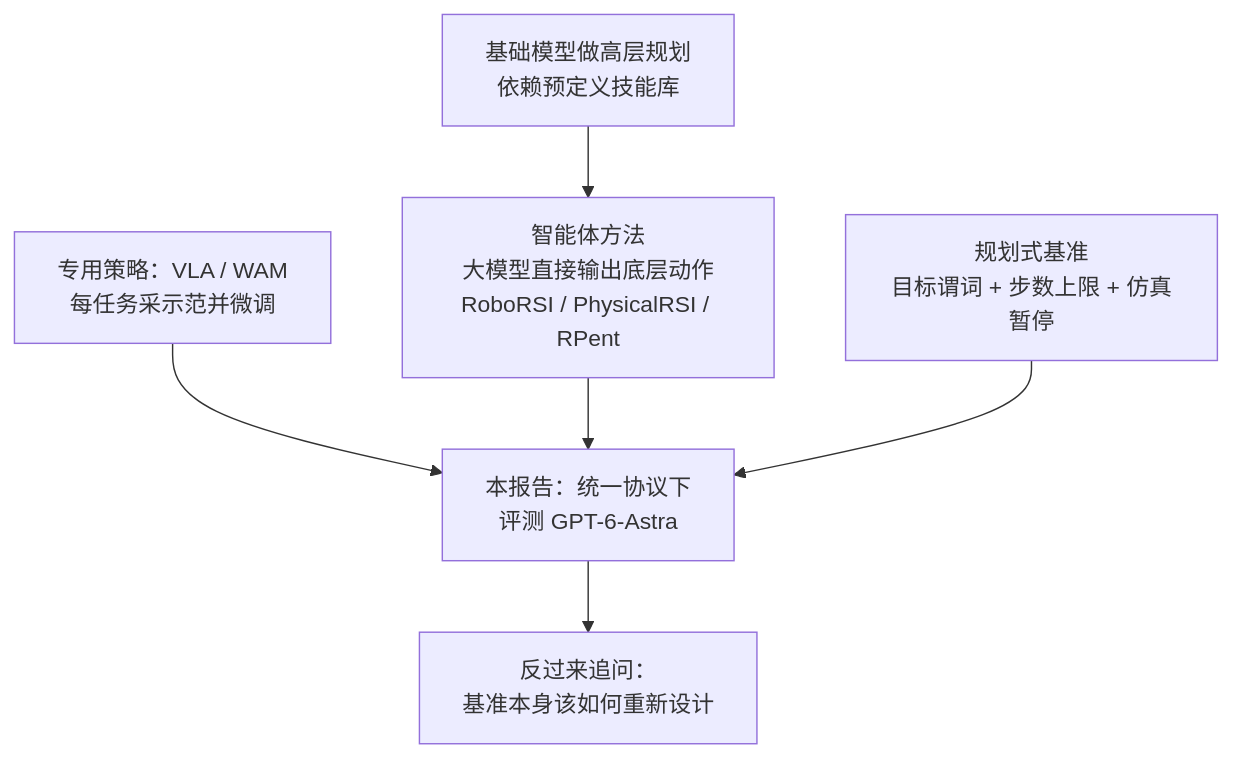
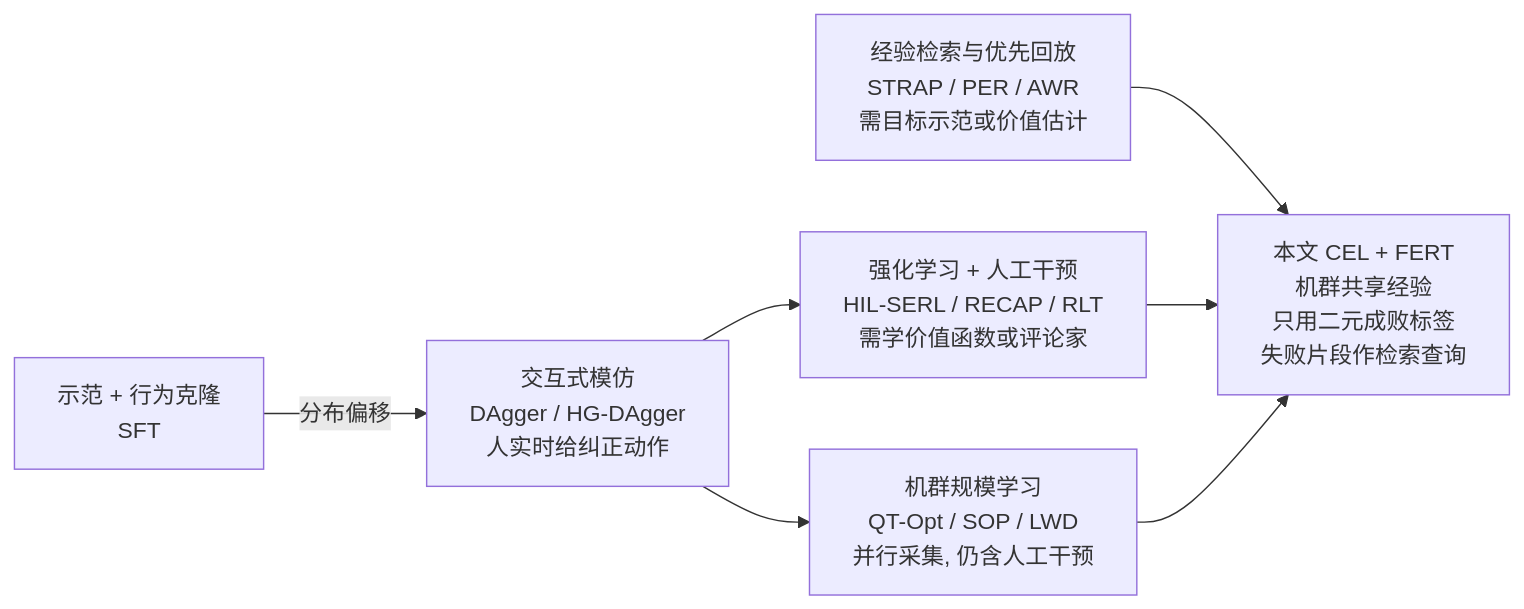
The first of 7 diagrams in docs/index.md (yingwang/paper-reads), drawn with Mermaid before and after one commit. The commit also changed other lines of this file and 2 other files, not shown here.

````diff
--- a/docs/index.md
+++ b/docs/index.md
@@ -72,8 +95,9 @@
 ```mermaid
-graph TD
-    A["专用策略：VLA / WAM<br/>每任务采示范并微调"] --> D["本报告：统一协议下<br/>评测 GPT-6-Astra"]
-    B["基础模型做高层规划<br/>依赖预定义技能库"] --> C["智能体方法<br/>大模型直接输出底层动作<br/>RoboRSI / PhysicalRSI / RPent"]
-    C --> D
-    E["规划式基准<br/>目标谓词 + 步数上限 + 仿真暂停"] --> D
-    D --> F["反过来追问：<br/>基准本身该如何重新设计"]
+flowchart LR
+    A["示范 + 行为克隆<br/>SFT"] -->|分布偏移| B["交互式模仿<br/>DAgger / HG-DAgger<br/>人实时给纠正动作"]
+    B --> C["强化学习 + 人工干预<br/>HIL-SERL / RECAP / RLT<br/>需学价值函数或评论家"]
+    B --> D["机群规模学习<br/>QT-Opt / SOP / LWD<br/>并行采集, 仍含人工干预"]
+    E["经验检索与优先回放<br/>STRAP / PER / AWR<br/>需目标示范或价值估计"] --> F
+    C --> F["本文 CEL + FERT<br/>机群共享经验<br/>只用二元成败标签<br/>失败片段作检索查询"]
+    D --> F
 ```
````
